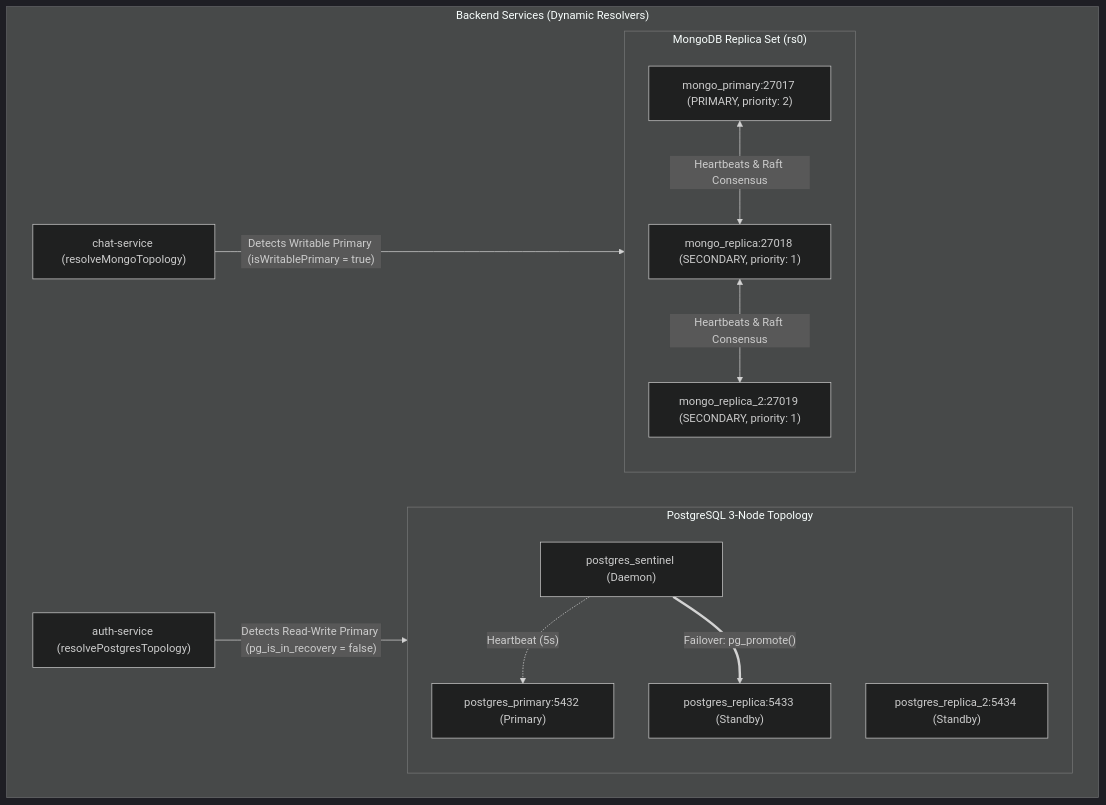
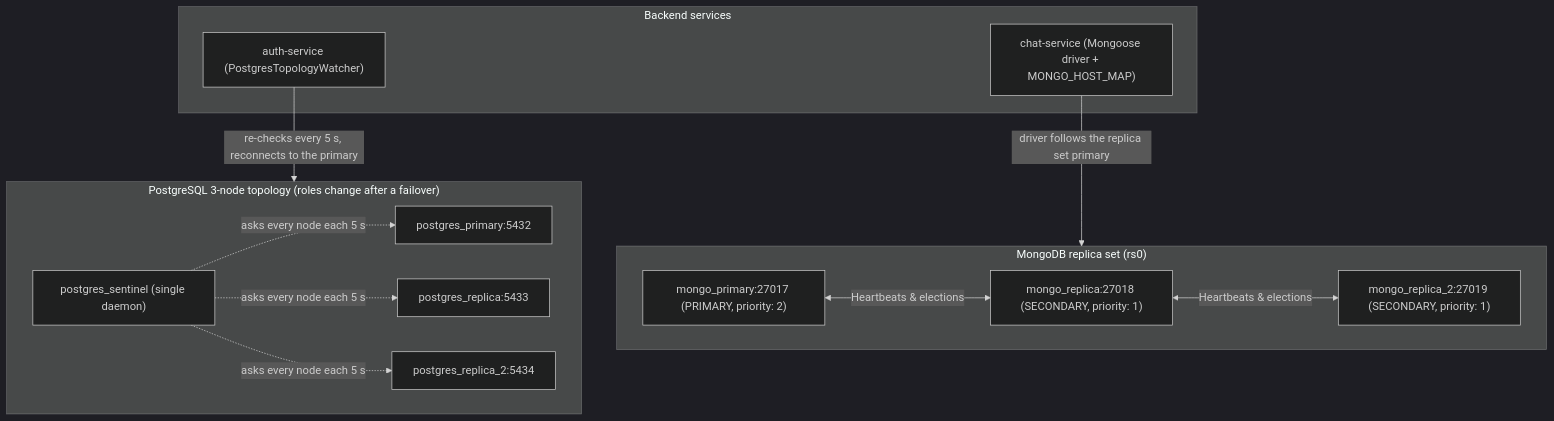
Before and after one commit to vunhat0501/messenger-clone-microservice: the diagram in docs/failover-simulation.md, drawn with Mermaid (dark theme). The commit also changed other lines of this file and 7 other files, not shown here.

Commit message:
docs: update failover docs, demo script and notes for the new sentinel

````diff
--- a/docs/failover-simulation.md
+++ b/docs/failover-simulation.md
@@ -9,26 +11,28 @@
 ```mermaid
 flowchart TD
-    subgraph PostgreSQL_Cluster ["PostgreSQL 3-Node Topology"]
-        P_PG["postgres_primary:5432 (Primary)"]
-        R1_PG["postgres_replica:5433 (Standby)"]
-        R2_PG["postgres_replica_2:5434 (Standby)"]
-        Sentinel["postgres_sentinel (Daemon)"]
-        Sentinel -. "Heartbeat (5s)" .-> P_PG
-        Sentinel == "Failover: pg_promote()" ==> R1_PG
+    subgraph PostgreSQL_Cluster ["PostgreSQL 3-node topology (roles change after a failover)"]
+        N1["postgres_primary:5432"]
+        N2["postgres_replica:5433"]
+        N3["postgres_replica_2:5434"]
+        Sentinel["postgres_sentinel (single daemon)"]
+        Sentinel -. "asks every node each 5 s" .-> N1
+        Sentinel -. "asks every node each 5 s" .-> N2
+        Sentinel -. "asks every node each 5 s" .-> N3
     end
 
-    subgraph MongoDB_Cluster ["MongoDB Replica Set (rs0)"]
+    subgraph MongoDB_Cluster ["MongoDB replica set (rs0)"]
         P_MG["mongo_primary:27017 (PRIMARY, priority: 2)"]
         R1_MG["mongo_replica:27018 (SECONDARY, priority: 1)"]
         R2_MG["mongo_replica_2:27019 (SECONDARY, priority: 1)"]
-        P_MG <-->|Heartbeats & Raft Consensus| R1_MG
-        R1_MG <-->|Heartbeats & Raft Consensus| R2_MG
+        P_MG <-->|Heartbeats & elections| R1_MG
+        R1_MG <-->|Heartbeats & elections| R2_MG
     end
 
-    subgraph NestJS_App ["Backend Services (Dynamic Resolvers)"]
-        AUTH["auth-service (resolvePostgresTopology)"]
-        CHAT["chat-service (resolveMongoTopology)"]
-        AUTH -->|"Detects Read-Write Primary (pg_is_in_recovery = false)"| PostgreSQL_Cluster
-        CHAT -->|"Detects Writable Primary (isWritablePrimary = true)"| MongoDB_Cluster
+    subgraph NestJS_App ["Backend services"]
+        AUTH["auth-service (PostgresTopologyWatcher)"]
+        CHAT["chat-service (Mongoose driver + MONGO_HOST_MAP)"]
     end
+
+    AUTH -->|"re-checks every 5 s, reconnects to the primary"| PostgreSQL_Cluster
+    CHAT -->|"driver follows the replica set primary"| MongoDB_Cluster
 ```
````
